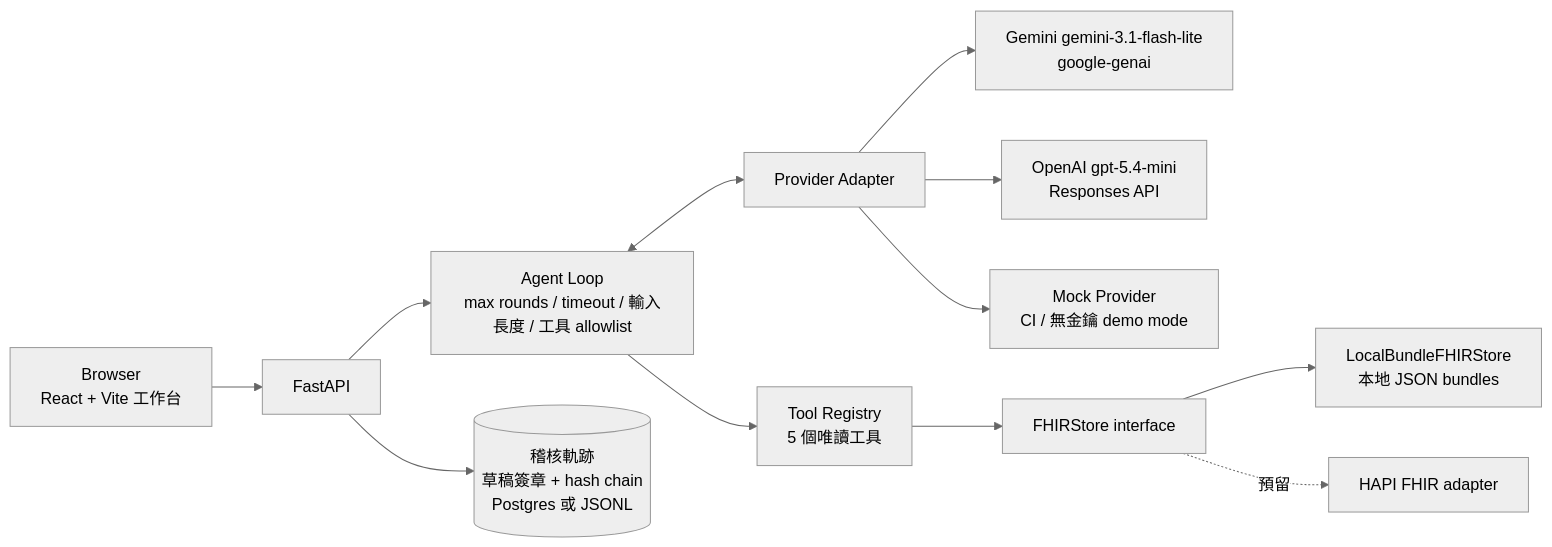
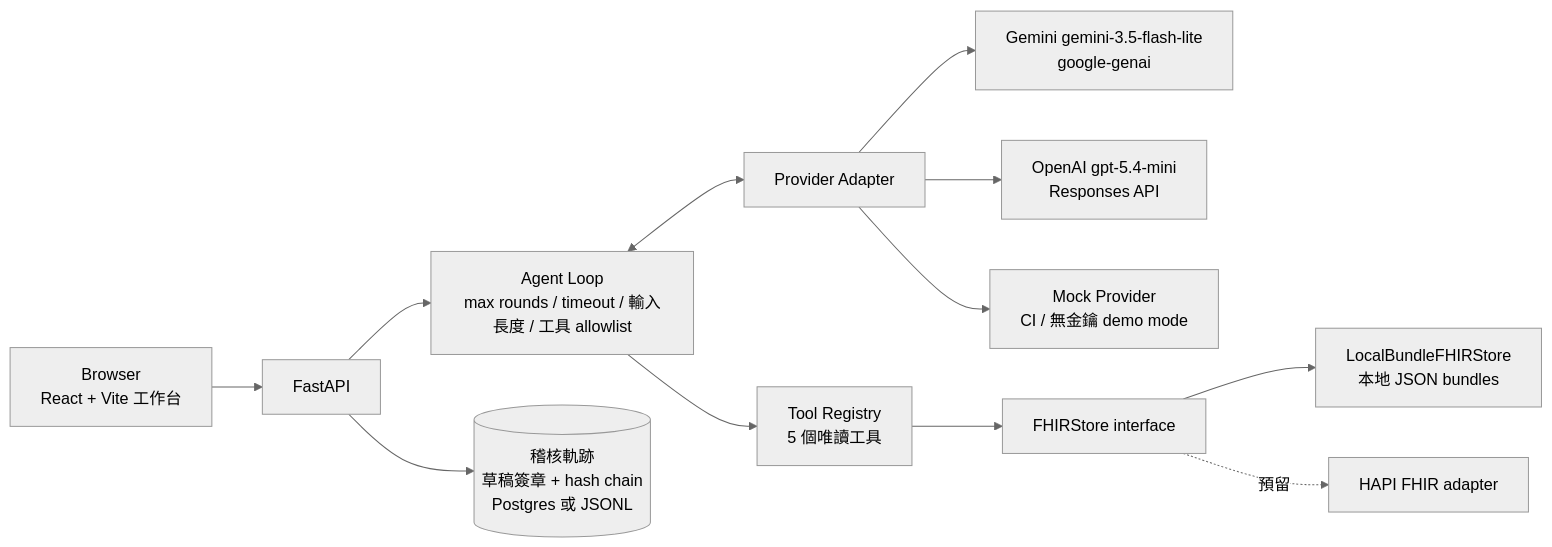
Before and after one commit to kuotunyu/fhir-care-copilot: the diagram in README.md, drawn with Mermaid (neutral theme). The commit also changed other lines of this file and 5 other files, not shown here.

````diff
--- a/README.md
+++ b/README.md
@@ -41,14 +41,14 @@
 ```mermaid
 flowchart LR
     U[Browser<br/>React + Vite 工作台] --> API[FastAPI]
     API --> AL[Agent Loop<br/>max rounds / timeout / 輸入長度 / 工具 allowlist]
     AL <--> P[Provider Adapter]
-    P --> G[Gemini gemini-3.1-flash-lite<br/>google-genai]
+    P --> G[Gemini gemini-3.5-flash-lite<br/>google-genai]
     P --> O[OpenAI gpt-5.4-mini<br/>Responses API]
     P --> M[Mock Provider<br/>CI / 無金鑰 demo mode]
     AL --> TR[Tool Registry<br/>5 個唯讀工具]
     TR --> FS[FHIRStore interface]
     FS --> LB[LocalBundleFHIRStore<br/>本地 JSON bundles]
     FS -.預留.-> HAPI[HAPI FHIR adapter]
     API --> AUD[(稽核軌跡<br/>草稿簽章 + hash chain<br/>Postgres 或 JSONL)]
 ```
````
